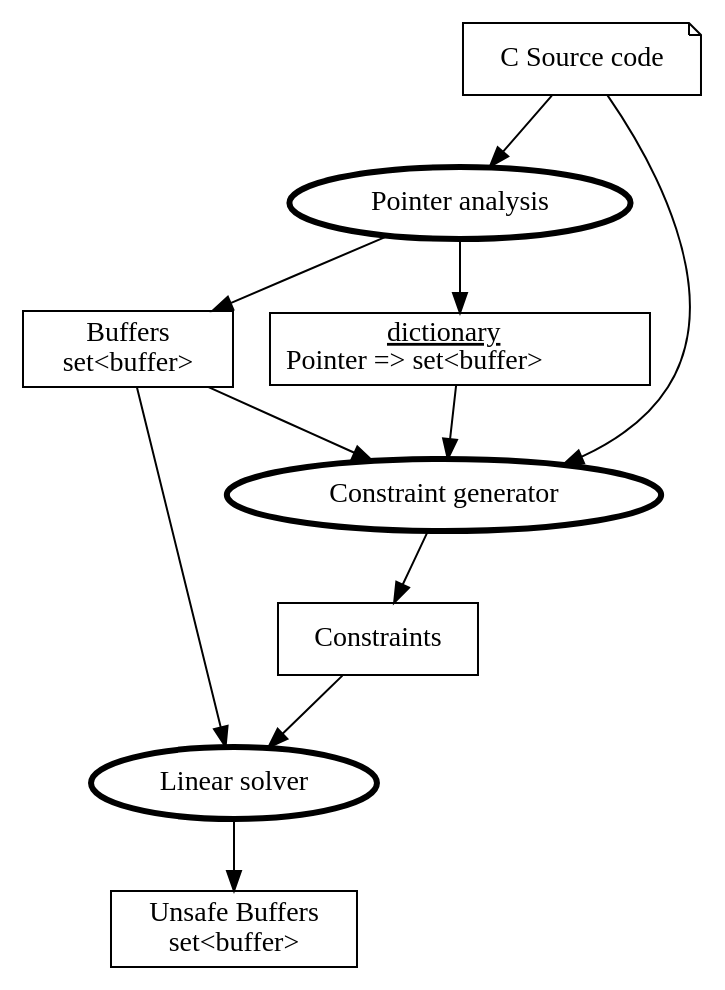
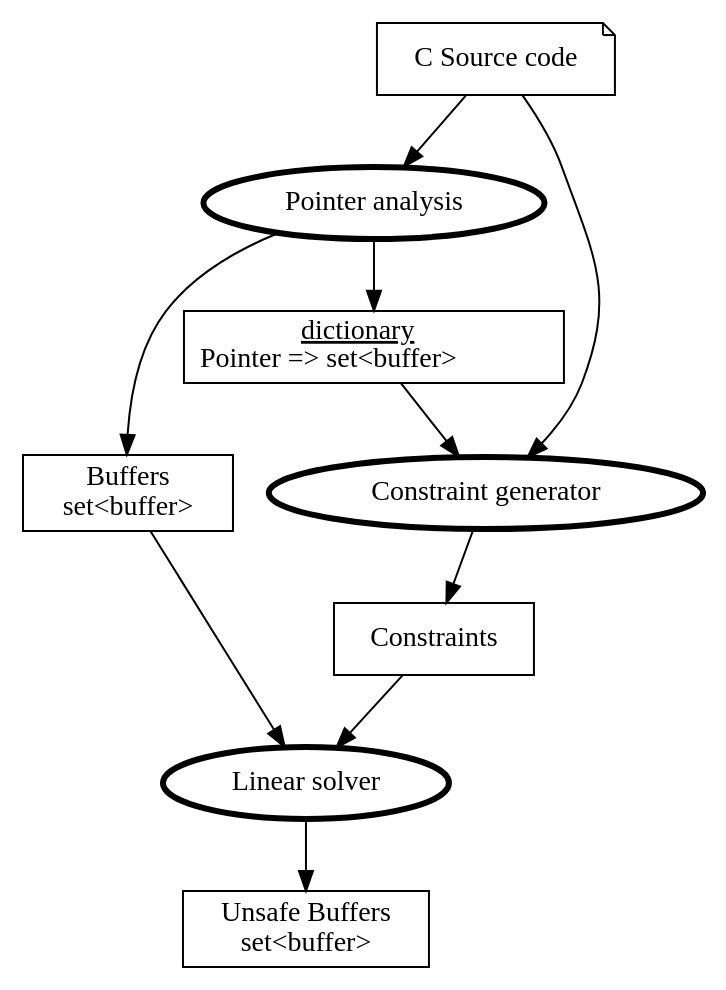
One commit to tzafrir/boa changed the diagram in doc/flow.gv. Above: the diagram before and after it, drawn with Graphviz. The commit also changed 1 other file, not shown here.

Commit message:
fixed flow (generator does not use buffer set)

```diff
--- a/doc/flow.gv
+++ b/doc/flow.gv
@@ -1,24 +1,20 @@
 digraph G {
-//    nodesep = 0.4;
-     //ranksep = 1;
- //rankdir=LR;   
  node [shape = note]; 
  	source 			[label="C Source code"];
  node [shape = box]; 
  	buffers 		[label="Buffers\nset<buffer>"];
  	pointerDict [label=<<u>dictionary</u><br/>Pointer =&gt; set&lt;buffer&gt;>];
  	constraints [label="Constraints"];
  	unsafe 			[label="Unsafe Buffers\nset<buffer>"];
  	
  	
  node [shape = ellipse]; 
  	pointer 	[label="Pointer analysis" penwidth = 3] 
  	generator [label="Constraint generator" penwidth = 3] 
  	solver 		[label="Linear solver" penwidth = 3];
  
  source->pointer;
- pointer->buffers->generator;
+ pointer->buffers->solver->unsafe;
  pointer->pointerDict->generator;
  source->generator->constraints->solver;
- buffers->solver->unsafe;
 }
```
